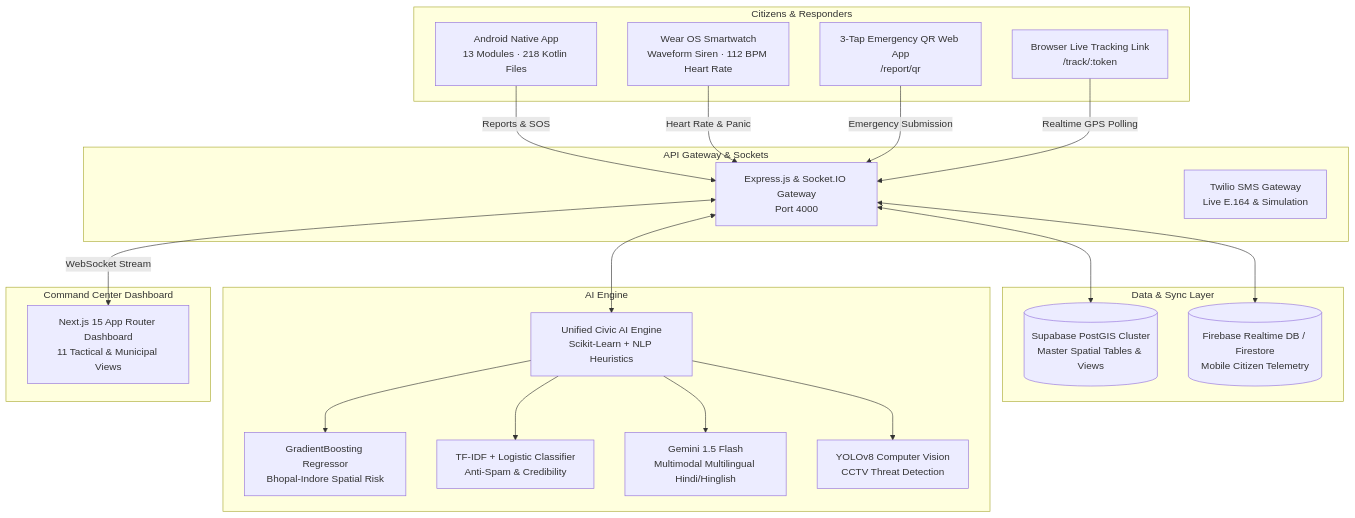
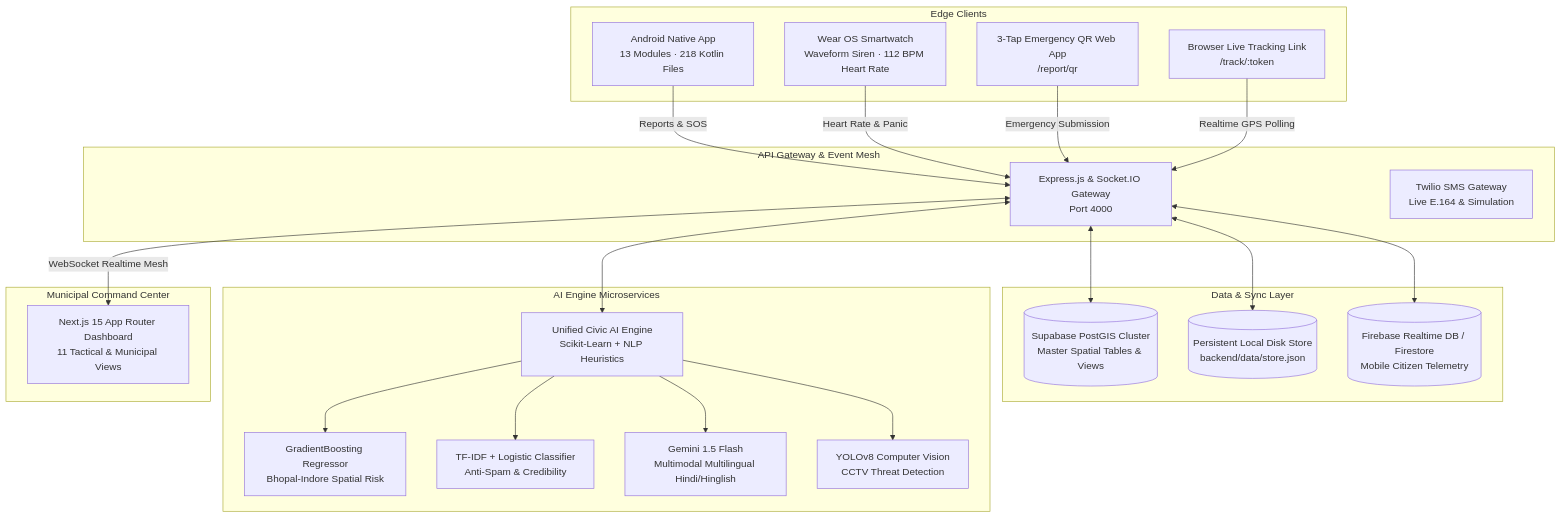
One commit to yajatkataria08-a11y/NagarsetuV2.0 changed the first of 2 diagrams in README.md. Above: the diagram before and after it, drawn with Mermaid. The commit also changed other lines of this file, not shown here.

Commit message:
docs: comprehensive enterprise README with mathematical formulations, architecture diagrams, and benchmark matrix

````diff
--- a/README.md
+++ b/README.md
@@ -33,47 +57,49 @@
 ```mermaid
 flowchart TD
-    subgraph Citizens & Responders
+    subgraph Edge Clients
         A[Android Native App\n13 Modules · 218 Kotlin Files]
         B[Wear OS Smartwatch\nWaveform Siren · 112 BPM Heart Rate]
         C[3-Tap Emergency QR Web App\n/report/qr]
         D[Browser Live Tracking Link\n/track/:token]
     end
 
-    subgraph API Gateway & Sockets
+    subgraph API Gateway & Event Mesh
         E[Express.js & Socket.IO Gateway\nPort 4000]
         F[Twilio SMS Gateway\nLive E.164 & Simulation]
     end
 
     subgraph Data & Sync Layer
         G[(Supabase PostGIS Cluster\nMaster Spatial Tables & Views)]
-        H[(Firebase Realtime DB / Firestore\nMobile Citizen Telemetry)]
+        H[(Persistent Local Disk Store\nbackend/data/store.json)]
+        I[(Firebase Realtime DB / Firestore\nMobile Citizen Telemetry)]
     end
 
-    subgraph AI Engine
-        I[Unified Civic AI Engine\nScikit-Learn + NLP Heuristics]
-        J[GradientBoosting Regressor\nBhopal-Indore Spatial Risk]
-        K[TF-IDF + Logistic Classifier\nAnti-Spam & Credibility]
-        L[Gemini 1.5 Flash\nMultimodal Multilingual Hindi/Hinglish]
-        M[YOLOv8 Computer Vision\nCCTV Threat Detection]
+    subgraph AI Engine Microservices
+        J[Unified Civic AI Engine\nScikit-Learn + NLP Heuristics]
+        K[GradientBoosting Regressor\nBhopal-Indore Spatial Risk]
+        L[TF-IDF + Logistic Classifier\nAnti-Spam & Credibility]
+        M[Gemini 1.5 Flash\nMultimodal Multilingual Hindi/Hinglish]
+        N[YOLOv8 Computer Vision\nCCTV Threat Detection]
     end
 
-    subgraph Command Center Dashboard
-        N[Next.js 15 App Router Dashboard\n11 Tactical & Municipal Views]
+    subgraph Municipal Command Center
+        O[Next.js 15 App Router Dashboard\n11 Tactical & Municipal Views]
     end
 
     A -->|Reports & SOS| E
     B -->|Heart Rate & Panic| E
     C -->|Emergency Submission| E
     D -->|Realtime GPS Polling| E
 
     E <--> G
     E <--> H
     E <--> I
+    E <--> J
 
-    I --> J
-    I --> K
-    I --> L
-    I --> M
+    J --> K
+    J --> L
+    J --> M
+    J --> N
 
-    E <-->|WebSocket Stream| N
+    E <-->|WebSocket Realtime Mesh| O
 ```
````
